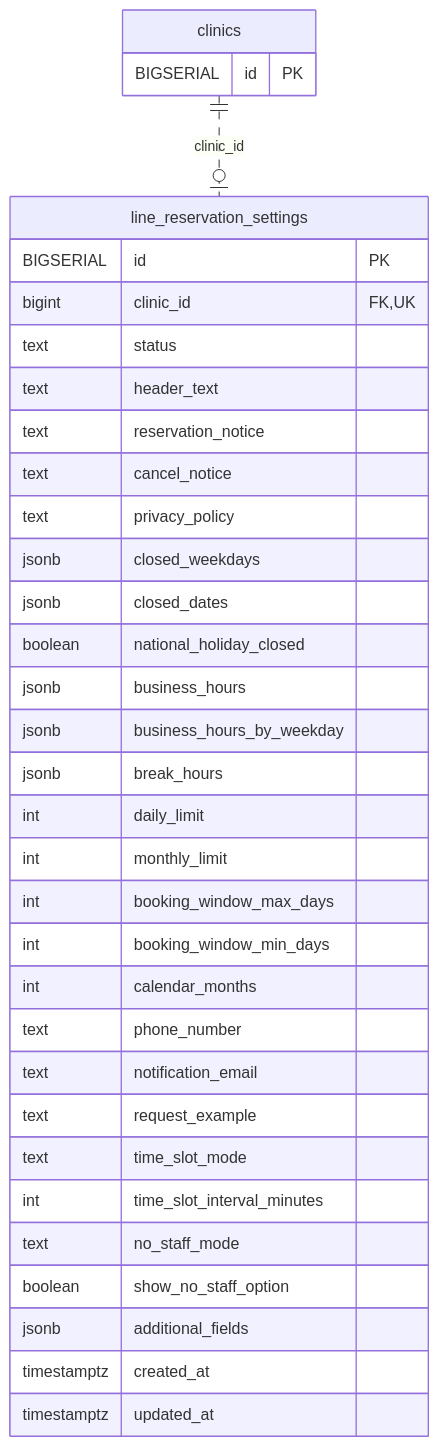
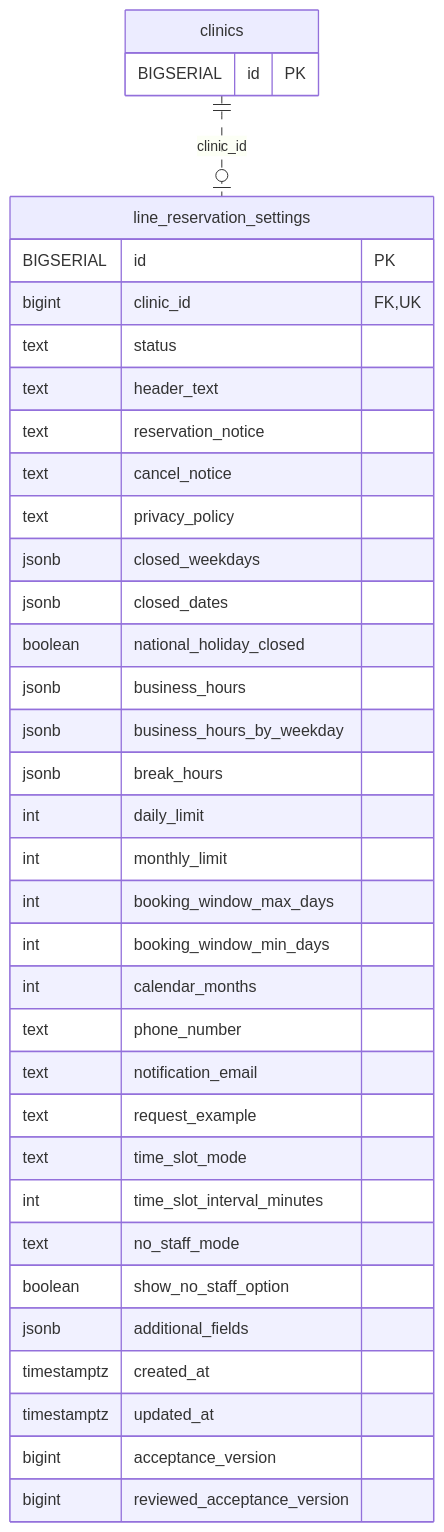
The diagram in docs/architecture/erd-detail/line_reservation_settings.md (MinoruSoga/AnimalEkarte), drawn with Mermaid before and after one commit. The commit also changed other lines of this file and 2 other files, not shown here.

Commit message:
docs(erd): EMR-446・EMR-466 009 統合後の詳細ERDと manifest を再生成

````diff
--- a/docs/architecture/erd-detail/line_reservation_settings.md
+++ b/docs/architecture/erd-detail/line_reservation_settings.md
@@ -51,37 +53,39 @@
 ```mermaid
 erDiagram
     line_reservation_settings {
         BIGSERIAL id PK
         bigint clinic_id FK,UK
         text status
         text header_text
         text reservation_notice
         text cancel_notice
         text privacy_policy
         jsonb closed_weekdays
         jsonb closed_dates
         boolean national_holiday_closed
         jsonb business_hours
         jsonb business_hours_by_weekday
         jsonb break_hours
         int daily_limit
         int monthly_limit
         int booking_window_max_days
         int booking_window_min_days
         int calendar_months
         text phone_number
         text notification_email
         text request_example
         text time_slot_mode
         int time_slot_interval_minutes
         text no_staff_mode
         boolean show_no_staff_option
         jsonb additional_fields
         timestamptz created_at
         timestamptz updated_at
+        bigint acceptance_version
+        bigint reviewed_acceptance_version
     }
     clinics {
         BIGSERIAL id PK
     }
     clinics ||..o| line_reservation_settings : "clinic_id"
 ```
````
